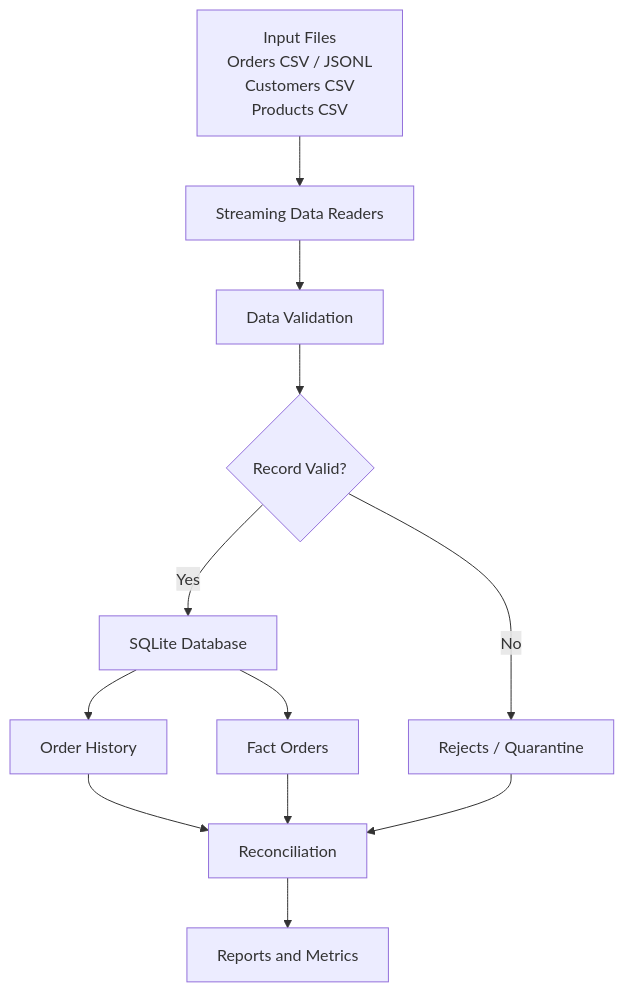
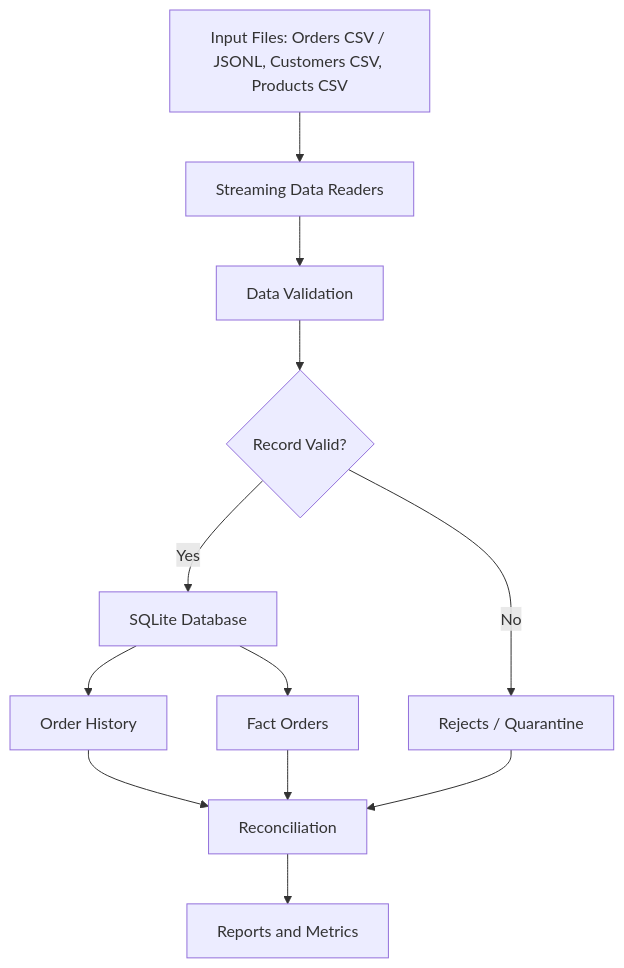
Before and after one commit to kgmbharadwaj/orderflow-data-pipeline: the diagram in README.md, drawn with Mermaid.

````diff
--- a/README.md
+++ b/README.md
@@ -13,28 +13,25 @@
 ```mermaid
 flowchart TD
-    A["Input Files<br/>Orders CSV / JSONL<br/>Customers CSV<br/>Products CSV"]
-
+    A["Input Files: Orders CSV / JSONL, Customers CSV, Products CSV"]
     B["Streaming Data Readers"]
     C["Data Validation"]
     D{"Record Valid?"}
-
     E["SQLite Database"]
     F["Rejects / Quarantine"]
-
     G["Order History"]
     H["Fact Orders"]
     I["Reconciliation"]
     J["Reports and Metrics"]
 
     A --> B
     B --> C
     C --> D
     D -->|Yes| E
     D -->|No| F
     E --> G
     E --> H
     G --> I
     H --> I
     F --> I
     I --> J
 ```
````
